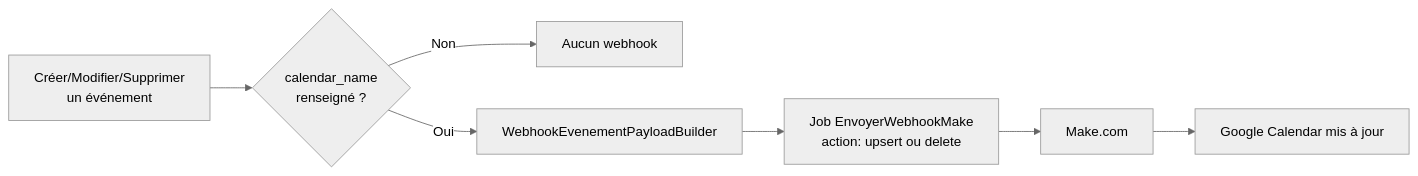
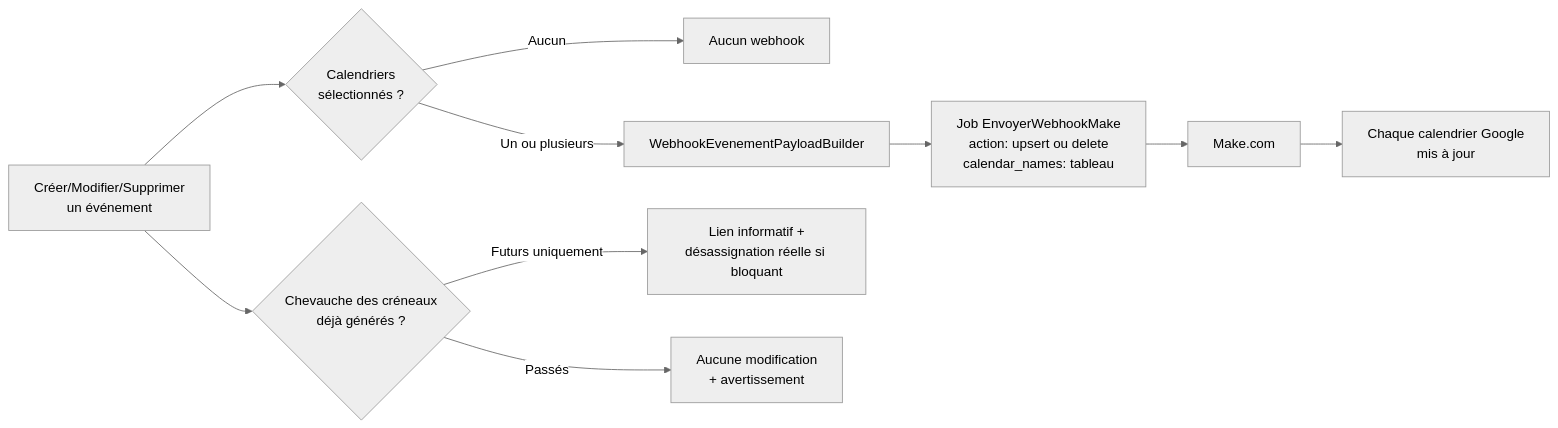
One commit to Djallel93/amana_web_planning changed the sixth of 13 diagrams in README.md. Above: the diagram before and after it, drawn with Mermaid (neutral theme). The commit also changed other lines of this file and 30 other files, not shown here.

````diff
--- a/README.md
+++ b/README.md
@@ -298,9 +339,12 @@
 ```mermaid
 flowchart LR
-    A[Créer/Modifier/Supprimer\nun événement] --> B{calendar_name\nrenseigné ?}
-    B -->|Non| C[Aucun webhook]
-    B -->|Oui| D[WebhookEvenementPayloadBuilder]
-    D --> E[Job EnvoyerWebhookMake\naction: upsert ou delete]
+    A[Créer/Modifier/Supprimer\nun événement] --> B{Calendriers\nsélectionnés ?}
+    B -->|Aucun| C[Aucun webhook]
+    B -->|Un ou plusieurs| D[WebhookEvenementPayloadBuilder]
+    D --> E[Job EnvoyerWebhookMake\naction: upsert ou delete\ncalendar_names: tableau]
     E --> F[Make.com]
-    F --> G[Google Calendar mis à jour]
+    F --> G[Chaque calendrier Google\nmis à jour]
+    A --> H{Chevauche des créneaux\ndéjà générés ?}
+    H -->|Futurs uniquement| I[Lien informatif +\ndésassignation réelle si bloquant]
+    H -->|Passés| J[Aucune modification\n+ avertissement]
 ```
````
